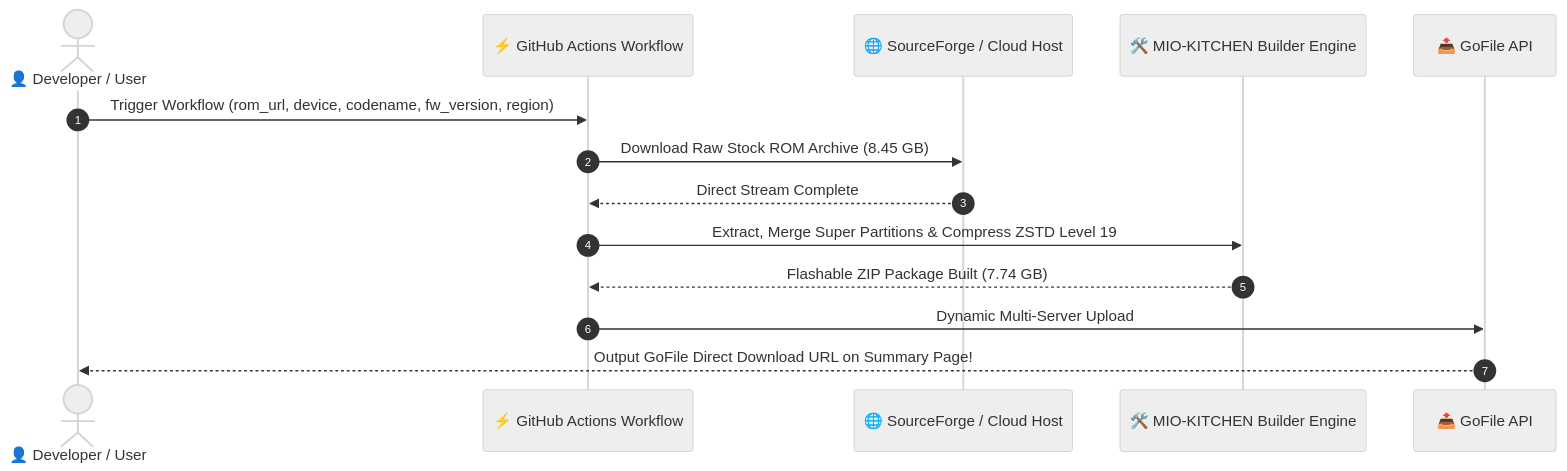
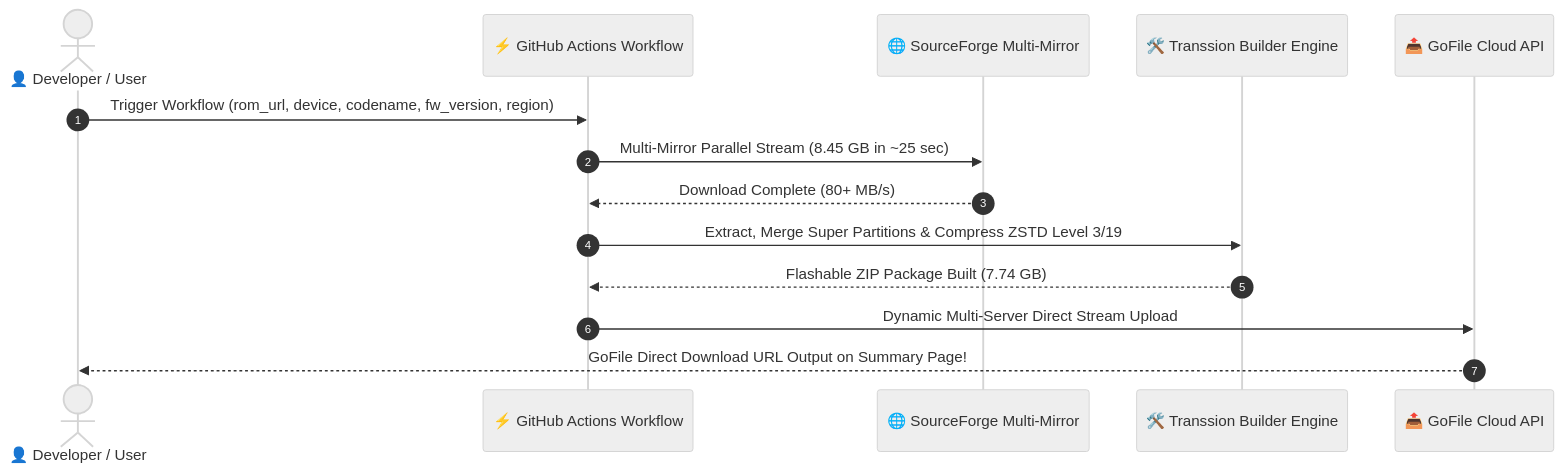
Before and after one commit to sheikhmehraann/transsion-flashable-builder: the diagram in README.md, drawn with Mermaid (neutral theme). The commit also changed other lines of this file and 2 other files, not shown here.

````diff
--- a/README.md
+++ b/README.md
@@ -117,17 +115,17 @@
 ```mermaid
 sequenceDiagram
     autonumber
     actor User as 👤 Developer / User
     participant GHA as ⚡ GitHub Actions Workflow
-    participant SF as 🌐 SourceForge / Cloud Host
-    participant Engine as 🛠️ MIO-KITCHEN Builder Engine
-    participant GF as 📤 GoFile API
+    participant SF as 🌐 SourceForge Multi-Mirror
+    participant Engine as 🛠️ Transsion Builder Engine
+    participant GF as 📤 GoFile Cloud API
 
     User->>GHA: Trigger Workflow (rom_url, device, codename, fw_version, region)
-    GHA->>SF: Download Raw Stock ROM Archive (8.45 GB)
-    SF-->>GHA: Direct Stream Complete
-    GHA->>Engine: Extract, Merge Super Partitions & Compress ZSTD Level 19
+    GHA->>SF: Multi-Mirror Parallel Stream (8.45 GB in ~25 sec)
+    SF-->>GHA: Download Complete (80+ MB/s)
+    GHA->>Engine: Extract, Merge Super Partitions & Compress ZSTD Level 3/19
     Engine-->>GHA: Flashable ZIP Package Built (7.74 GB)
-    GHA->>GF: Dynamic Multi-Server Upload
-    GF-->>User: Output GoFile Direct Download URL on Summary Page!
+    GHA->>GF: Dynamic Multi-Server Direct Stream Upload
+    GF-->>User: GoFile Direct Download URL Output on Summary Page!
 ```
````
